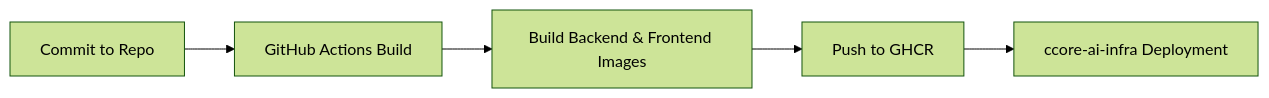
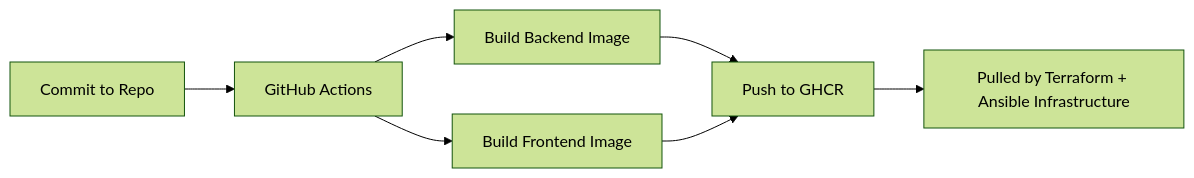
One commit to LaurisNeimanis/ccore-ai-demo changed the second of 2 diagrams in README.md. Above: the diagram before and after it, drawn with Mermaid (forest theme). The commit also changed other lines of this file, not shown here.

Commit message:
Refactor application README for architecture consistency: unified structure with Terraform/Ansible docs, removed badges, simplified tech overview, improved clarity for Infrastructure Architect portfolio

````diff
--- a/README.md
+++ b/README.md
@@ -84,7 +110,9 @@
 ```mermaid
 flowchart LR
-    A[Commit to Repo] --> B[GitHub Actions Build]
-    B --> C[Build Backend & Frontend Images]
-    C --> D[Push to GHCR]
-    D --> E[ccore-ai-infra Deployment]
+    A[Commit to Repo] --> B[GitHub Actions]
+    B --> C[Build Backend Image]
+    B --> D[Build Frontend Image]
+    C --> E[Push to GHCR]
+    D --> E[Push to GHCR]
+    E --> F[Pulled by Terraform + Ansible Infrastructure]
 ```
````
